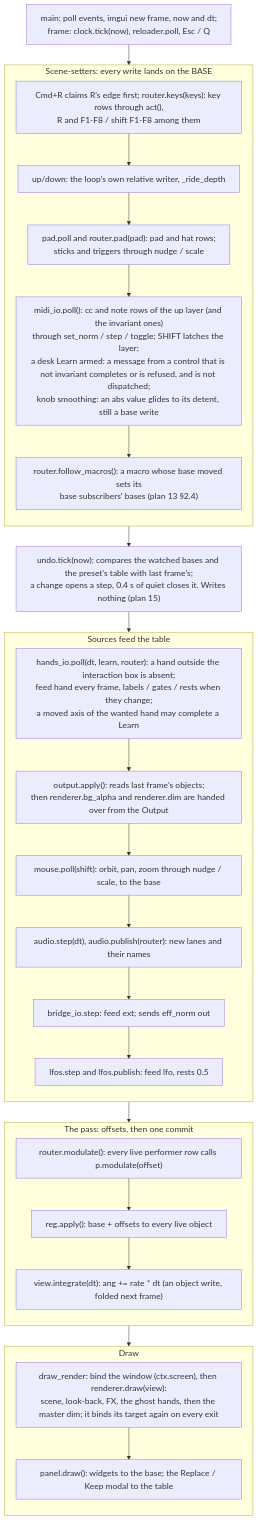
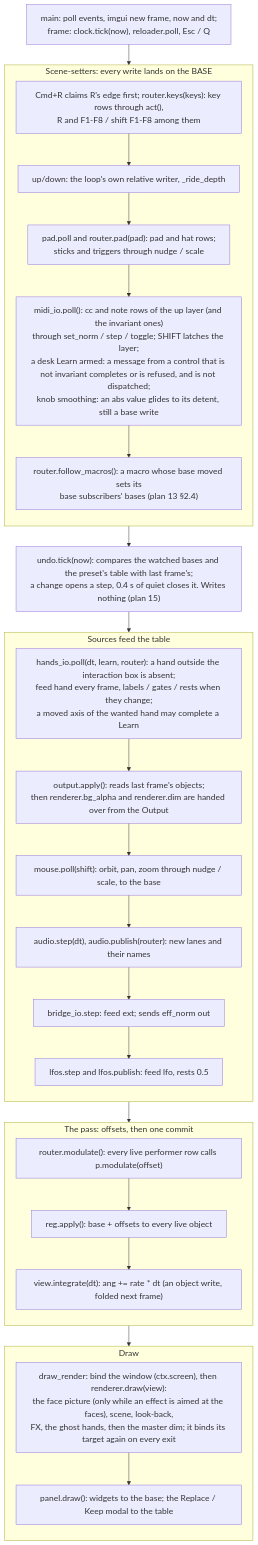
Before and after one commit to Cutaiar/hyperspace: the diagram in hyperspace-python/docs/ARCHITECTURE.md, drawn with Mermaid. The commit also changed other lines of this file and 4 other files, not shown here.

First line of the commit message:
Plan 20 WP7: ARCHITECTURE, ENGINEERING, the checkpoint and the plans index as built

````diff
--- a/hyperspace-python/docs/ARCHITECTURE.md
+++ b/hyperspace-python/docs/ARCHITECTURE.md
@@ -73,43 +75,43 @@
 ```mermaid
 %%{init: {"themeVariables": {"fontSize": "18px"}, "flowchart": {"nodeSpacing": 28, "rankSpacing": 44, "wrappingWidth": 420}}}%%
 flowchart TB
     S0["main: poll events, imgui new frame, now and dt;<br/>frame: clock.tick(now), reloader.poll, Esc / Q"]
     subgraph setters ["Scene-setters: every write lands on the BASE"]
         direction TB
         S1["Cmd+R claims R's edge first; router.keys(keys): key rows through act(),<br/>R and F1-F8 / shift F1-F8 among them"]
         S2["up/down: the loop's own relative writer, _ride_depth"]
         S3["pad.poll and router.pad(pad): pad and hat rows;<br/>sticks and triggers through nudge / scale"]
         S4["midi_io.poll(): cc and note rows of the up layer (and the invariant ones)<br/>through set_norm / step / toggle; SHIFT latches the layer;<br/>a desk Learn armed: a message from a control that is not invariant completes or is refused, and is not dispatched;<br/>knob smoothing: an abs value glides to its detent, still a base write"]
         S4b["router.follow_macros(): a macro whose base moved sets its<br/>base subscribers' bases (plan 13 §2.4)"]
         S1 --> S2 --> S3 --> S4 --> S4b
     end
     U["undo.tick(now): compares the watched bases and the preset's table with last frame's;<br/>a change opens a step, 0.4 s of quiet closes it. Writes nothing (plan 15)"]
     subgraph feeds ["Sources feed the table"]
         direction TB
         S5["hands_io.poll(dt, learn, router): a hand outside the interaction box is absent;<br/>feed hand every frame, labels / gates / rests when they change;<br/>a moved axis of the wanted hand may complete a Learn"]
         S6["output.apply(): reads last frame's objects;<br/>then renderer.bg_alpha and renderer.dim are handed over from the Output"]
         S7["mouse.poll(shift): orbit, pan, zoom through nudge / scale, to the base"]
         S8["audio.step(dt), audio.publish(router): new lanes and their names"]
         S9["bridge_io.step: feed ext; sends eff_norm out"]
         S10["lfos.step and lfos.publish: feed lfo, rests 0.5"]
         S5 --> S6 --> S7 --> S8 --> S9 --> S10
     end
     subgraph pass ["The pass: offsets, then one commit"]
         direction TB
         S11["router.modulate(): every live performer row calls p.modulate(offset)"]
         S12["reg.apply(): base + offsets to every live object"]
         S13["view.integrate(dt): ang += rate * dt (an object write, folded next frame)"]
         S11 --> S12 --> S13
     end
     subgraph draw ["Draw"]
         direction TB
-        S14["draw_render: bind the window (ctx.screen), then renderer.draw(view):<br/>scene, look-back, FX, the ghost hands, then the master dim; it binds its target again on every exit"]
+        S14["draw_render: bind the window (ctx.screen), then renderer.draw(view):<br/>the face picture (only while an effect is aimed at the faces), scene, look-back,<br/>FX, the ghost hands, then the master dim; it binds its target again on every exit"]
         S15["panel.draw(): widgets to the base; the Replace / Keep modal to the table"]
         S14 --> S15
     end
     S0 --> S1
     S4b --> U
     U --> S5
     S10 --> S11
     S13 --> S14
 ```
````
